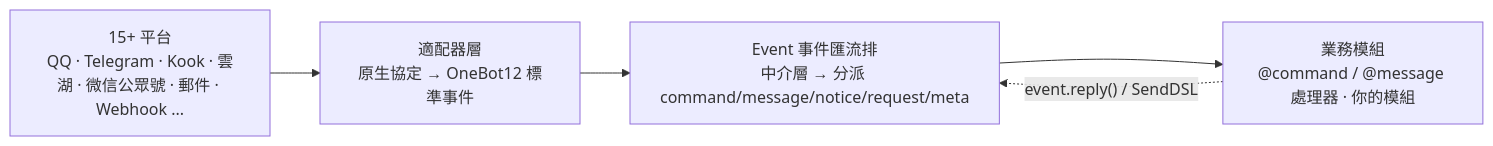
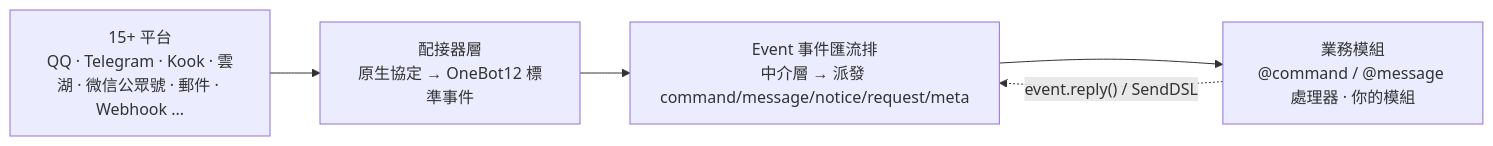
The first of 2 diagrams in README.zh-TW.md (ErisPulse/ErisPulse), drawn with Mermaid before and after one commit. The commit also changed other lines of this file and 10 other files, not shown here.

````diff
--- a/README.zh-TW.md
+++ b/README.zh-TW.md
@@ -111,9 +111,9 @@
 ```mermaid
 graph LR
     P["15+ 平台<br/>QQ · Telegram · Kook · 雲湖 · 微信公眾號 · 郵件 · Webhook ..."]
-    A["適配器層<br/>原生協定 → OneBot12 標準事件"]
-    Event["Event 事件匯流排<br/>中介層 → 分派 command/message/notice/request/meta"]
+    A["配接器層<br/>原生協定 → OneBot12 標準事件"]
+    Event["Event 事件匯流排<br/>中介層 → 派發 command/message/notice/request/meta"]
     M["業務模組<br/>@command / @message 處理器 · 你的模組"]
     P --> A --> Event --> M
     M -.->|"event.reply() / SendDSL"| Event
 ```
````
